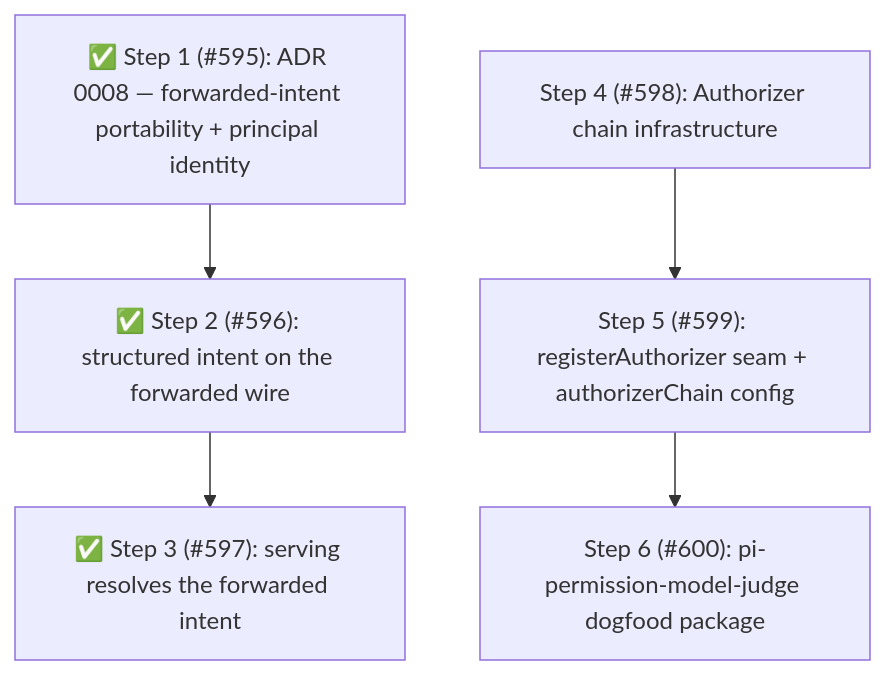
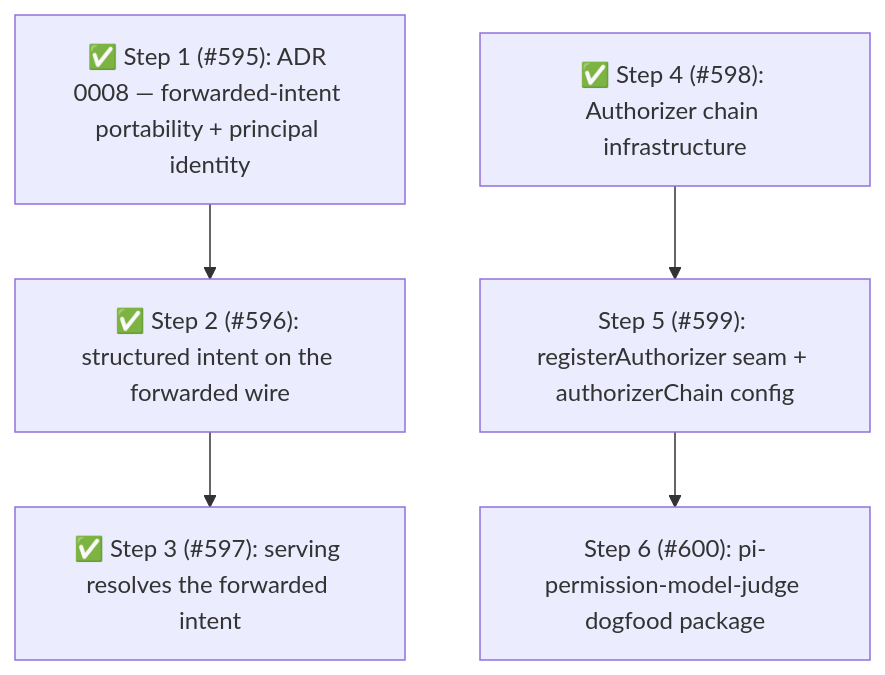
The fourth of 4 diagrams in docs/architecture/architecture.md (sycghj/pi-permission-system), drawn with Mermaid before and after one commit. The commit also changed other lines of this file, not shown here.

Commit message:
docs(pi-permission-system): mark Phase 12 Step 4 complete (#598)

````diff
--- a/docs/architecture/architecture.md
+++ b/docs/architecture/architecture.md
@@ -919,7 +922,7 @@
 ```mermaid
 flowchart TD
     S1["✅ Step 1 (#595): ADR 0008 — forwarded-intent portability + principal identity"] --> S2["✅ Step 2 (#596): structured intent on the forwarded wire"]
     S2 --> S3["✅ Step 3 (#597): serving resolves the forwarded intent"]
-    S4["Step 4 (#598): Authorizer chain infrastructure"] --> S5["Step 5 (#599): registerAuthorizer seam + authorizerChain config"]
+    S4["✅ Step 4 (#598): Authorizer chain infrastructure"] --> S5["Step 5 (#599): registerAuthorizer seam + authorizerChain config"]
     S5 --> S6["Step 6 (#600): pi-permission-model-judge dogfood package"]
 ```
````
